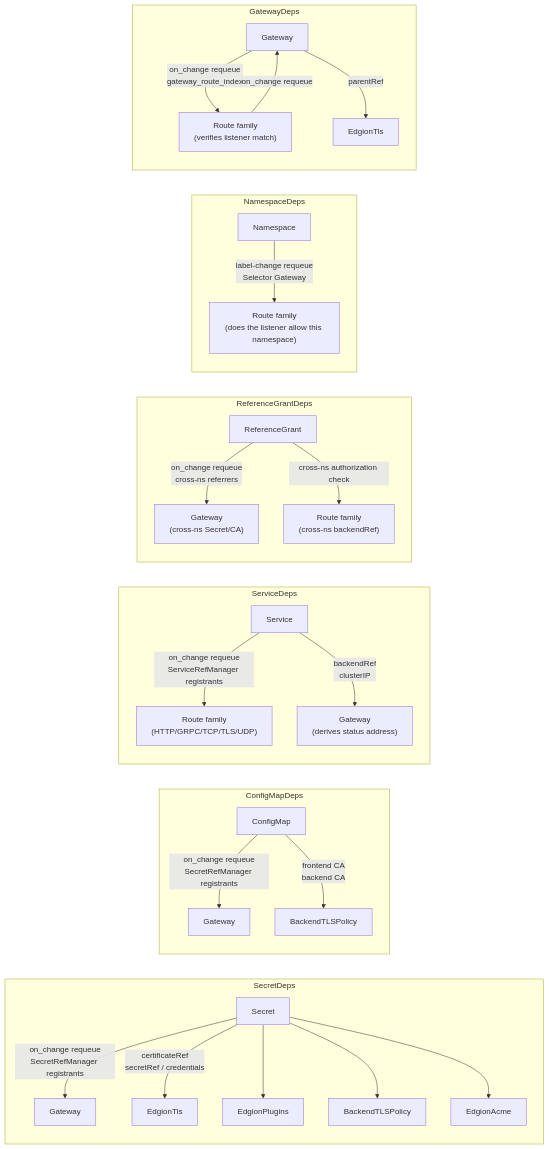
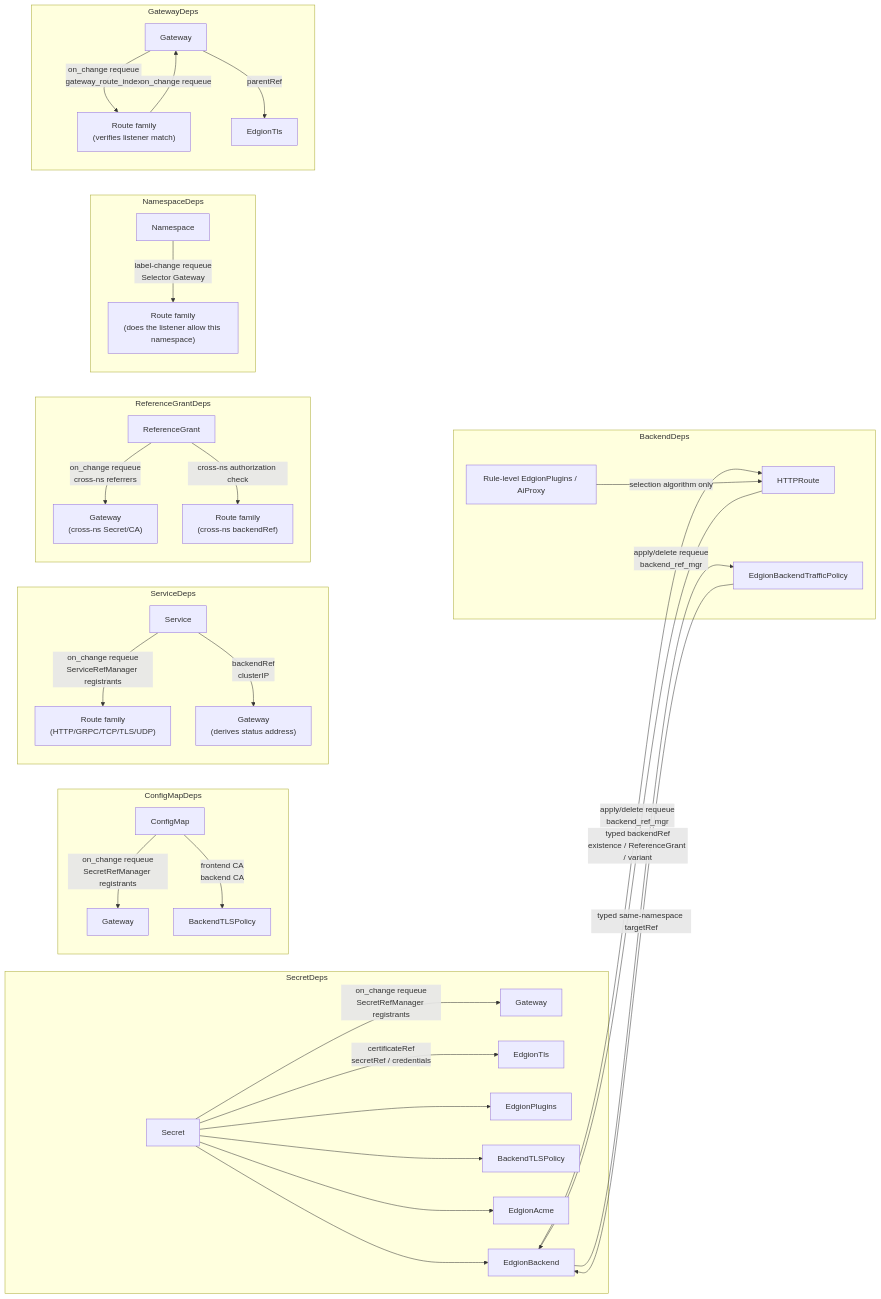
Before and after one commit to Pandaala/Edgion: the diagram in skills/01-architecture/05-resources/19-resource-dependency.md, drawn with Mermaid. The commit also changed other lines of this file and 2559 other files, not shown here.

````diff
--- a/skills/01-architecture/05-resources/19-resource-dependency.md
+++ b/skills/01-architecture/05-resources/19-resource-dependency.md
@@ -12,35 +12,44 @@
 ```mermaid
 flowchart LR
     subgraph SecretDeps
         Secret -- "on_change requeue\nSecretRefManager registrants" --> Gateway
         Secret -- "certificateRef\nsecretRef / credentials" --> EdgionTls
         Secret --> EdgionPlugins
         Secret --> BackendTLSPolicy
         Secret --> EdgionAcme
+        Secret --> EdgionBackend
     end
 
     subgraph ConfigMapDeps
         ConfigMap -- "on_change requeue\nSecretRefManager registrants" --> Gateway2[Gateway]
         ConfigMap -- "frontend CA\nbackend CA" --> BackendTLSPolicy2[BackendTLSPolicy]
     end
 
     subgraph ServiceDeps
         Service -- "on_change requeue\nServiceRefManager registrants" --> Routes["Route family\n(HTTP/GRPC/TCP/TLS/UDP)"]
         Service -- "backendRef\nclusterIP" --> Gateway3["Gateway\n(derives status address)"]
     end
 
     subgraph ReferenceGrantDeps
         ReferenceGrant -- "on_change requeue\ncross-ns referrers" --> Gateway4["Gateway\n(cross-ns Secret/CA)"]
         ReferenceGrant -- "cross-ns authorization check" --> Routes2["Route family\n(cross-ns backendRef)"]
     end
 
     subgraph NamespaceDeps
         Namespace -- "label-change requeue\nSelector Gateway" --> Routes3["Route family\n(does the listener allow this namespace)"]
     end
 
     subgraph GatewayDeps
         GW[Gateway] -- "on_change requeue\ngateway_route_index" --> Routes4["Route family\n(verifies listener match)"]
         GW -- "parentRef" --> EdgionTls2[EdgionTls]
         Routes4 -- "on_change requeue" --> GW
     end
+
+    subgraph BackendDeps
+        HTTPRouteBackend[HTTPRoute] -- "typed backendRef\nexistence / ReferenceGrant / variant" --> EdgionBackend
+        EBTP[EdgionBackendTrafficPolicy] -- "typed same-namespace targetRef" --> EdgionBackend
+        EdgionBackend -- "apply/delete requeue\nbackend_ref_mgr" --> HTTPRouteBackend
+        EdgionBackend -- "apply/delete requeue\nbackend_ref_mgr" --> EBTP
+        AiProxy[Rule-level EdgionPlugins / AiProxy] -- "selection algorithm only" --> HTTPRouteBackend
+    end
 ```
````
